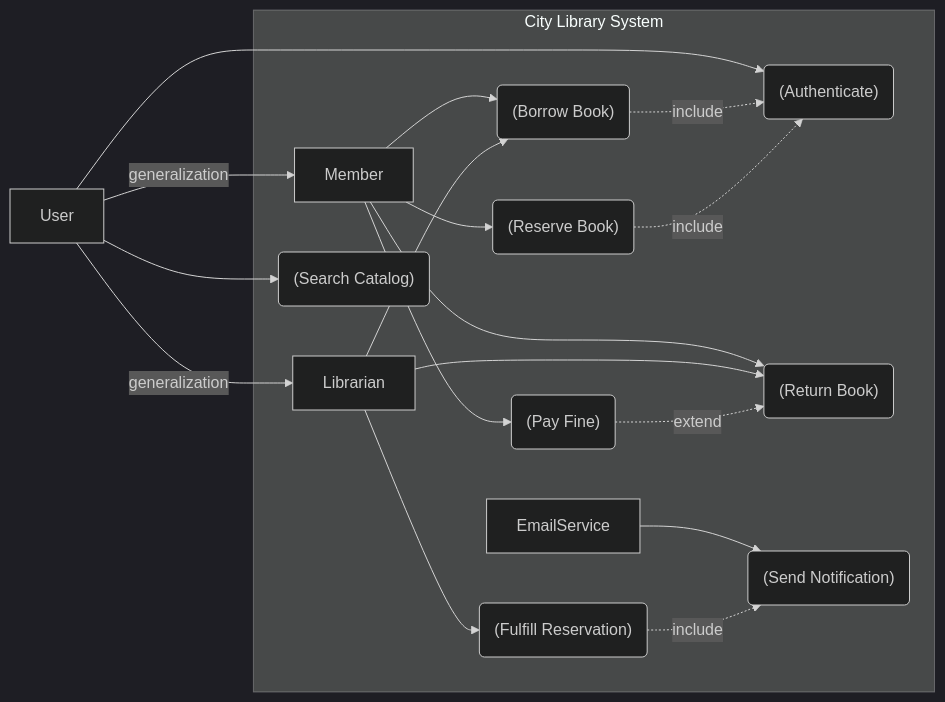
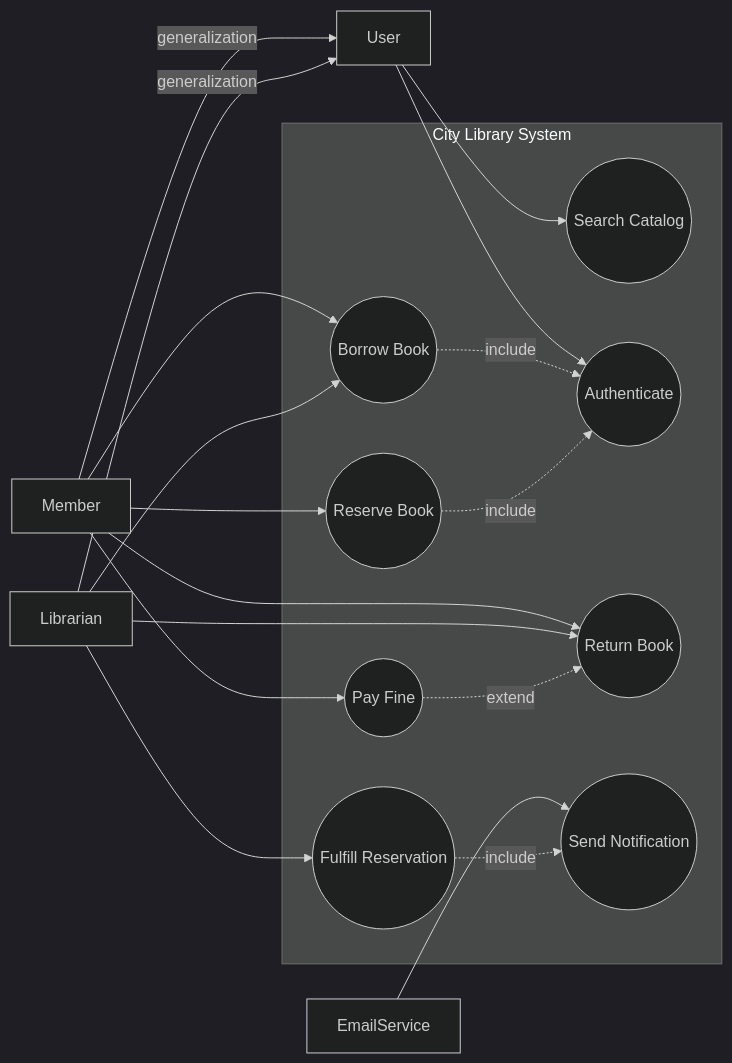
Before and after one commit to Mirroxyz/KPI: the diagram in lab2/use-case.mmd, drawn with Mermaid (dark theme).

Commit message:
fix: correct system boundaries, generalization arrows, and use case shapes

```diff
--- a/lab2/use-case.mmd
+++ b/lab2/use-case.mmd
@@ -1,38 +1,39 @@
 flowchart LR
     User["User"]
     Member["Member"]
     Librarian["Librarian"]
     EmailService["EmailService"]
 
-    User -->|generalization| Member
-    User -->|generalization| Librarian
+    Member --"generalization"--> User
+    Librarian --"generalization"--> User
+    
     User --> Search
     User --> Auth
 
+    Member --> Reserve
+    Member --> Borrow
+    Member --> Return
+    Member --> Pay
+
+    Librarian --> Borrow
+    Librarian --> Return
+    Librarian --> Fulfill
+
+    EmailService --> Notify
+
     subgraph System["City Library System"]
-        Auth("(Authenticate)")
-        Search("(Search Catalog)")
-        Reserve("(Reserve Book)")
-        Borrow("(Borrow Book)")
-        Return("(Return Book)")
-        Pay("(Pay Fine)")
-        Notify("(Send Notification)")
-        Fulfill("(Fulfill Reservation)")
-
-        Member --> Reserve
-        Member --> Borrow
-        Member --> Return
-        Member --> Pay
-
-        Librarian --> Borrow
-        Librarian --> Return
-        Librarian --> Fulfill
-
-        EmailService --> Notify
+        Auth(("Authenticate"))
+        Search(("Search Catalog"))
+        Reserve(("Reserve Book"))
+        Borrow(("Borrow Book"))
+        Return(("Return Book"))
+        Pay(("Pay Fine"))
+        Notify(("Send Notification"))
+        Fulfill(("Fulfill Reservation"))
 
         Borrow -. "include" .-> Auth
         Reserve -. "include" .-> Auth
         Fulfill -. "include" .-> Notify
         
         Pay -. "extend" .-> Return
     end
```
